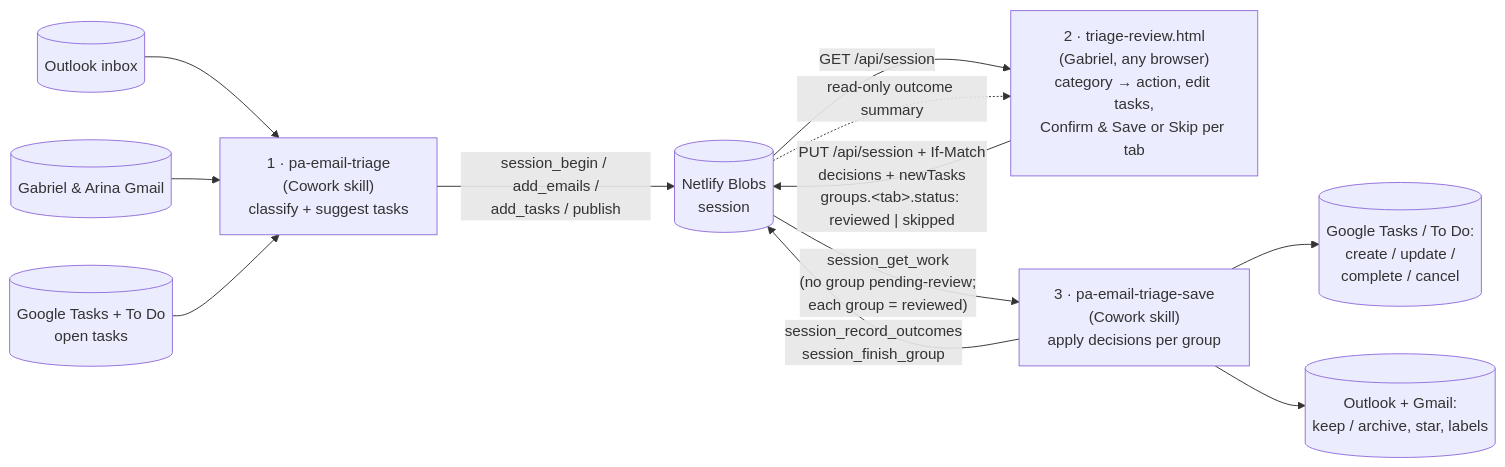
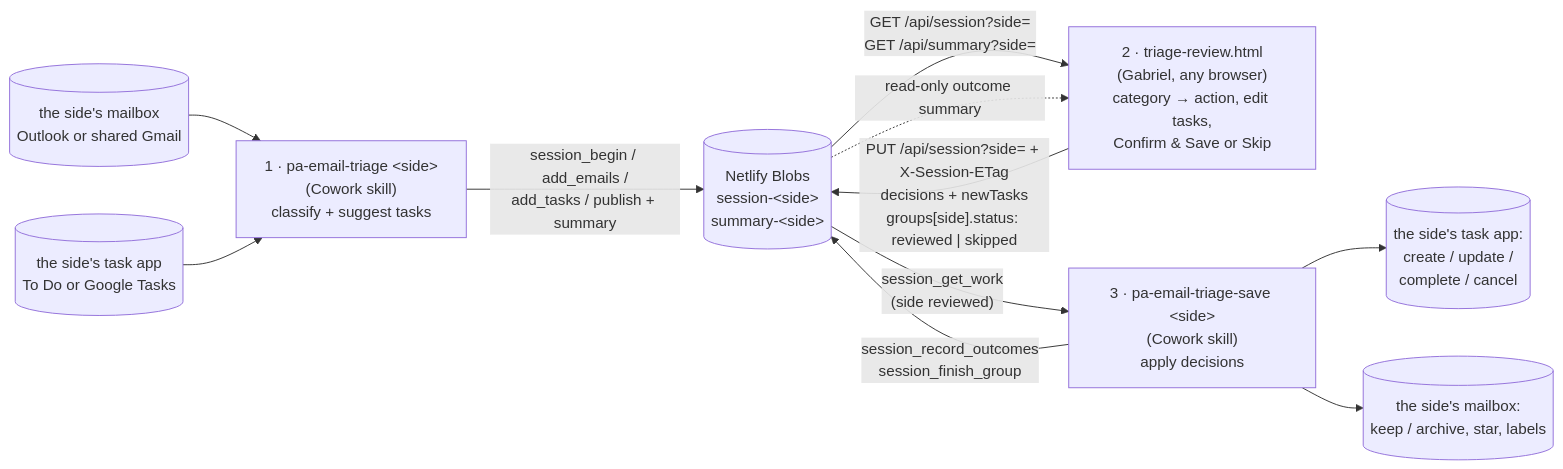
Before and after one commit to gabriel-serra-aus/claude-code-pa-email-triage: the diagram in README.md, drawn with Mermaid. The commit also changed other lines of this file and 20 other files, not shown here.

First line of the commit message:
Split by side: Gabriel and Gabriel & Arina never mixed

````diff
--- a/README.md
+++ b/README.md
@@ -21,15 +23,14 @@
 ```mermaid
 flowchart LR
-    OL[(Outlook inbox)] --> T
-    GM[(Gabriel & Arina Gmail)] --> T
-    TK[(Google Tasks + To Do<br/>open tasks)] --> T
-    T["1 · pa-email-triage<br/>(Cowork skill)<br/>classify + suggest tasks"]
-    T -- "session_begin / add_emails /<br/>add_tasks / publish" --> F[("Netlify Blobs<br/>session")]
-    F -- "GET /api/session" --> P["2 · triage-review.html<br/>(Gabriel, any browser)<br/>category → action, edit tasks,<br/>Confirm & Save or Skip per tab"]
-    P -- "PUT /api/session + If-Match<br/>decisions + newTasks<br/>groups.&lt;tab&gt;.status: reviewed | skipped" --> F
-    F -- "session_get_work<br/>(no group pending-review;<br/>each group = reviewed)" --> S["3 · pa-email-triage-save<br/>(Cowork skill)<br/>apply decisions per group"]
-    S --> TK2[(Google Tasks / To Do:<br/>create / update /<br/>complete / cancel)]
-    S --> MB[(Outlook + Gmail:<br/>keep / archive, star, labels)]
+    MB0[(the side's mailbox<br/>Outlook or shared Gmail)] --> T
+    TK[(the side's task app<br/>To Do or Google Tasks)] --> T
+    T["1 · pa-email-triage &lt;side&gt;<br/>(Cowork skill)<br/>classify + suggest tasks"]
+    T -- "session_begin / add_emails /<br/>add_tasks / publish + summary" --> F[("Netlify Blobs<br/>session-&lt;side&gt;<br/>summary-&lt;side&gt;")]
+    F -- "GET /api/session?side=<br/>GET /api/summary?side=" --> P["2 · triage-review.html<br/>(Gabriel, any browser)<br/>category → action, edit tasks,<br/>Confirm & Save or Skip"]
+    P -- "PUT /api/session?side= + X-Session-ETag<br/>decisions + newTasks<br/>groups[side].status: reviewed | skipped" --> F
+    F -- "session_get_work<br/>(side reviewed)" --> S["3 · pa-email-triage-save &lt;side&gt;<br/>(Cowork skill)<br/>apply decisions"]
+    S --> TK2[(the side's task app:<br/>create / update /<br/>complete / cancel)]
+    S --> MB[(the side's mailbox:<br/>keep / archive, star, labels)]
     S -- "session_record_outcomes<br/>session_finish_group" --> F
     F -. "read-only outcome summary" .-> P
 ```
````
